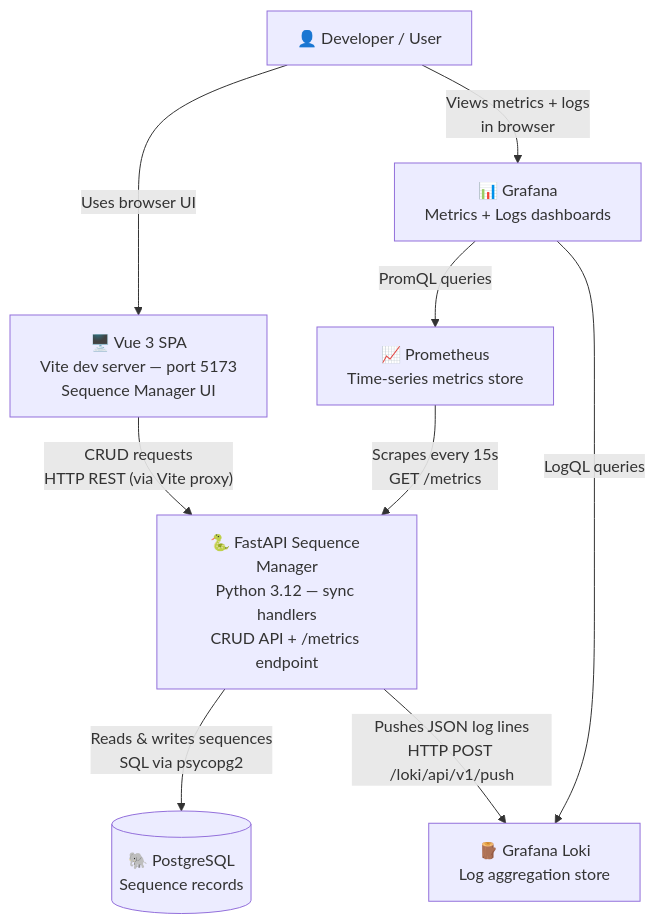
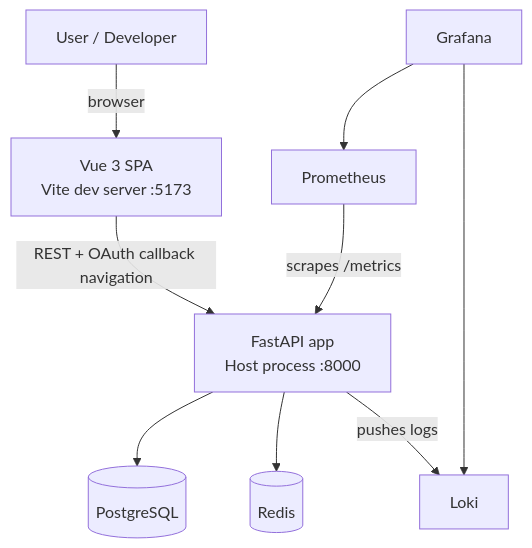
Before and after one commit to dafywinf/python-fastapi-poc: the diagram in docs/architecture.md, drawn with Mermaid. The commit also changed other lines of this file and 102 other files, not shown here.

````diff
--- a/docs/architecture.md
+++ b/docs/architecture.md
@@ -111,19 +84,20 @@
 ```mermaid
 graph TD
-    dev["👤 Developer / User"]
-    spa["🖥️ Vue 3 SPA<br/>Vite dev server — port 5173<br/>Sequence Manager UI"]
-    api["🐍 FastAPI Sequence Manager<br/>Python 3.12 — sync handlers<br/>CRUD API + /metrics endpoint"]
-    postgres[("🐘 PostgreSQL<br/>Sequence records")]
-    prometheus["📈 Prometheus<br/>Time-series metrics store"]
-    loki["🪵 Grafana Loki<br/>Log aggregation store"]
-    grafana["📊 Grafana<br/>Metrics + Logs dashboards"]
+    user["User / Developer"]
+    spa["Vue 3 SPA<br/>Vite dev server :5173"]
+    api["FastAPI app<br/>Host process :8000"]
+    postgres[("PostgreSQL")]
+    redis[("Redis")]
+    prometheus["Prometheus"]
+    loki["Loki"]
+    grafana["Grafana"]
 
-    dev -->|"Uses browser UI"| spa
-    spa -->|"CRUD requests<br/>HTTP REST (via Vite proxy)"| api
-    api -->|"Reads & writes sequences<br/>SQL via psycopg2"| postgres
-    prometheus -->|"Scrapes every 15s<br/>GET /metrics"| api
-    api -->|"Pushes JSON log lines<br/>HTTP POST /loki/api/v1/push"| loki
-    grafana -->|"PromQL queries"| prometheus
-    grafana -->|"LogQL queries"| loki
-    dev -->|"Views metrics + logs<br/>in browser"| grafana
+    user -->|"browser"| spa
+    spa -->|"REST + OAuth callback navigation"| api
+    api --> postgres
+    api --> redis
+    prometheus -->|"scrapes /metrics"| api
+    api -->|"pushes logs"| loki
+    grafana --> prometheus
+    grafana --> loki
 ```
````
